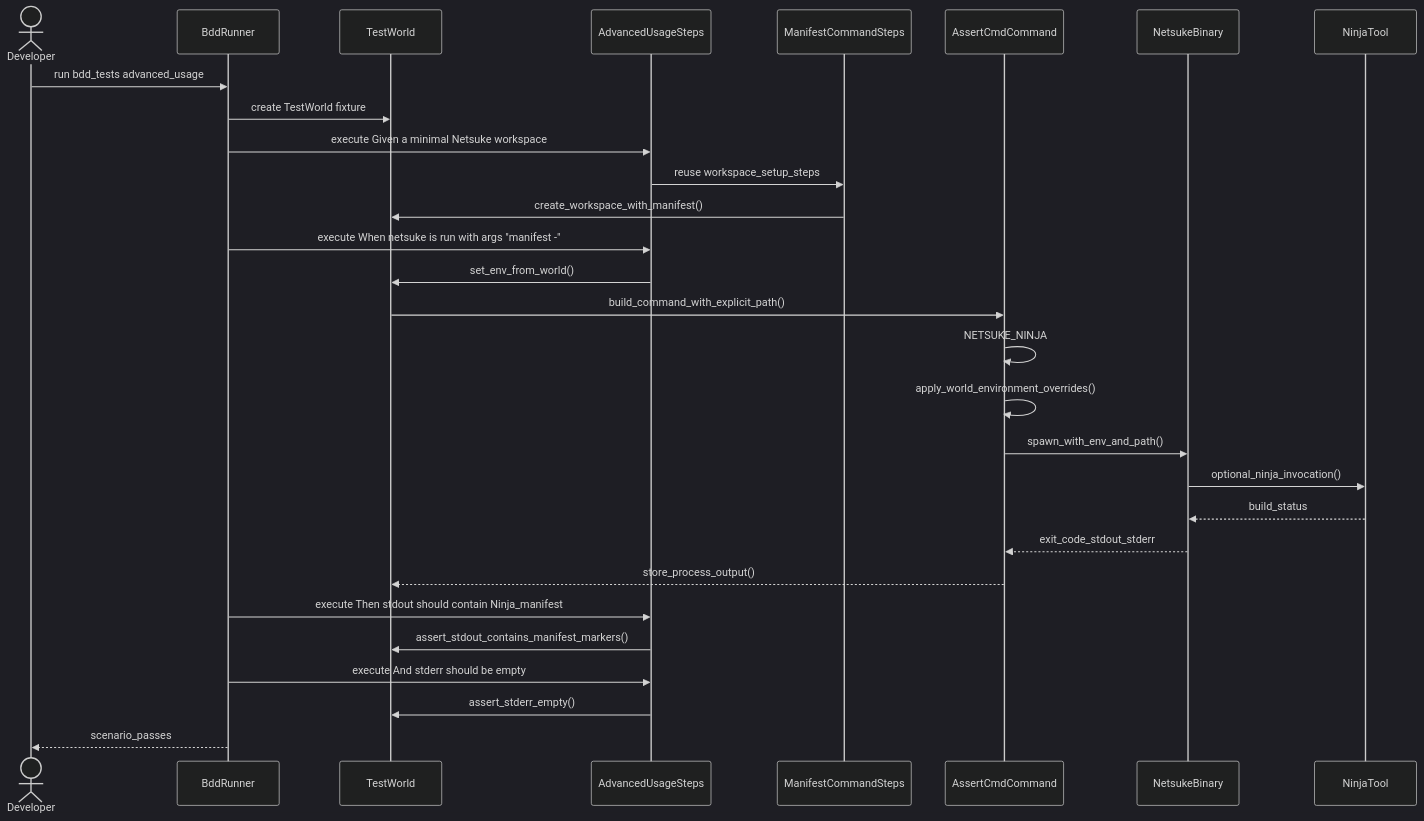
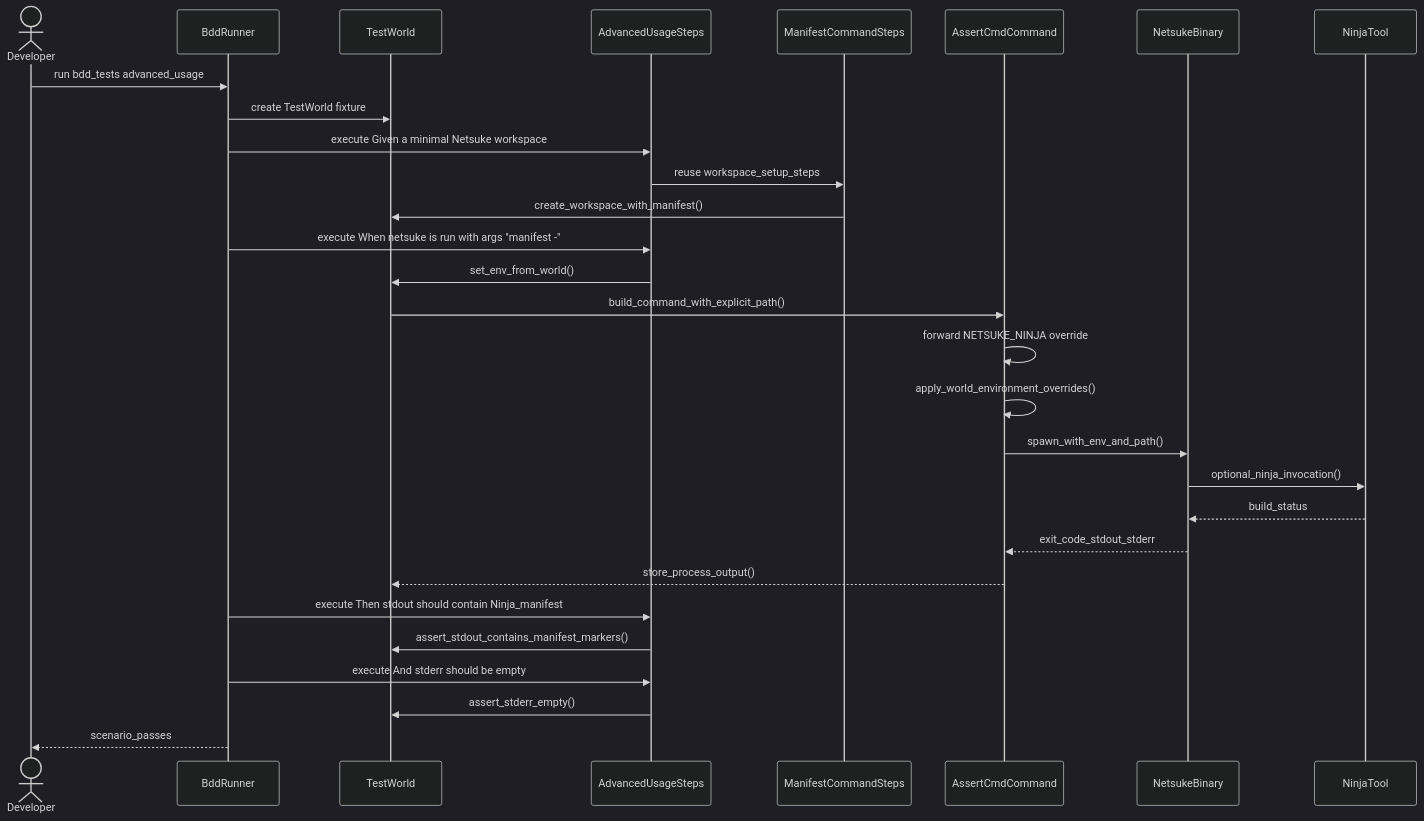
The diagram in docs/developers-guide.md (leynos/netsuke), drawn with Mermaid (dark theme) before and after one commit. The commit also changed other lines of this file, not shown here.

First line of the commit message:
Clarify Ninja program normalization docs (#83)

````diff
--- a/docs/developers-guide.md
+++ b/docs/developers-guide.md
@@ -1006,37 +1006,37 @@
 ```mermaid
 sequenceDiagram
     actor Developer
     participant BddRunner
     participant TestWorld
     participant AdvancedUsageSteps
     participant ManifestCommandSteps
     participant AssertCmdCommand
     participant NetsukeBinary
     participant NinjaTool
 
     Developer->>BddRunner: run bdd_tests advanced_usage
     BddRunner->>TestWorld: create TestWorld fixture
 
     BddRunner->>AdvancedUsageSteps: execute Given a minimal Netsuke workspace
     AdvancedUsageSteps->>ManifestCommandSteps: reuse workspace_setup_steps
     ManifestCommandSteps->>TestWorld: create_workspace_with_manifest()
 
     BddRunner->>AdvancedUsageSteps: execute When netsuke is run with args "manifest -"
     AdvancedUsageSteps->>TestWorld: set_env_from_world()
     TestWorld->>AssertCmdCommand: build_command_with_explicit_path()
-    AssertCmdCommand->>AssertCmdCommand: NETSUKE_NINJA
+    AssertCmdCommand->>AssertCmdCommand: forward NETSUKE_NINJA override
     AssertCmdCommand->>AssertCmdCommand: apply_world_environment_overrides()
     AssertCmdCommand->>NetsukeBinary: spawn_with_env_and_path()
     NetsukeBinary->>NinjaTool: optional_ninja_invocation()
     NinjaTool-->>NetsukeBinary: build_status
     NetsukeBinary-->>AssertCmdCommand: exit_code_stdout_stderr
     AssertCmdCommand-->>TestWorld: store_process_output()
 
     BddRunner->>AdvancedUsageSteps: execute Then stdout should contain Ninja_manifest
     AdvancedUsageSteps->>TestWorld: assert_stdout_contains_manifest_markers()
 
     BddRunner->>AdvancedUsageSteps: execute And stderr should be empty
     AdvancedUsageSteps->>TestWorld: assert_stderr_empty()
 
     BddRunner-->>Developer: scenario_passes
 ```
````
